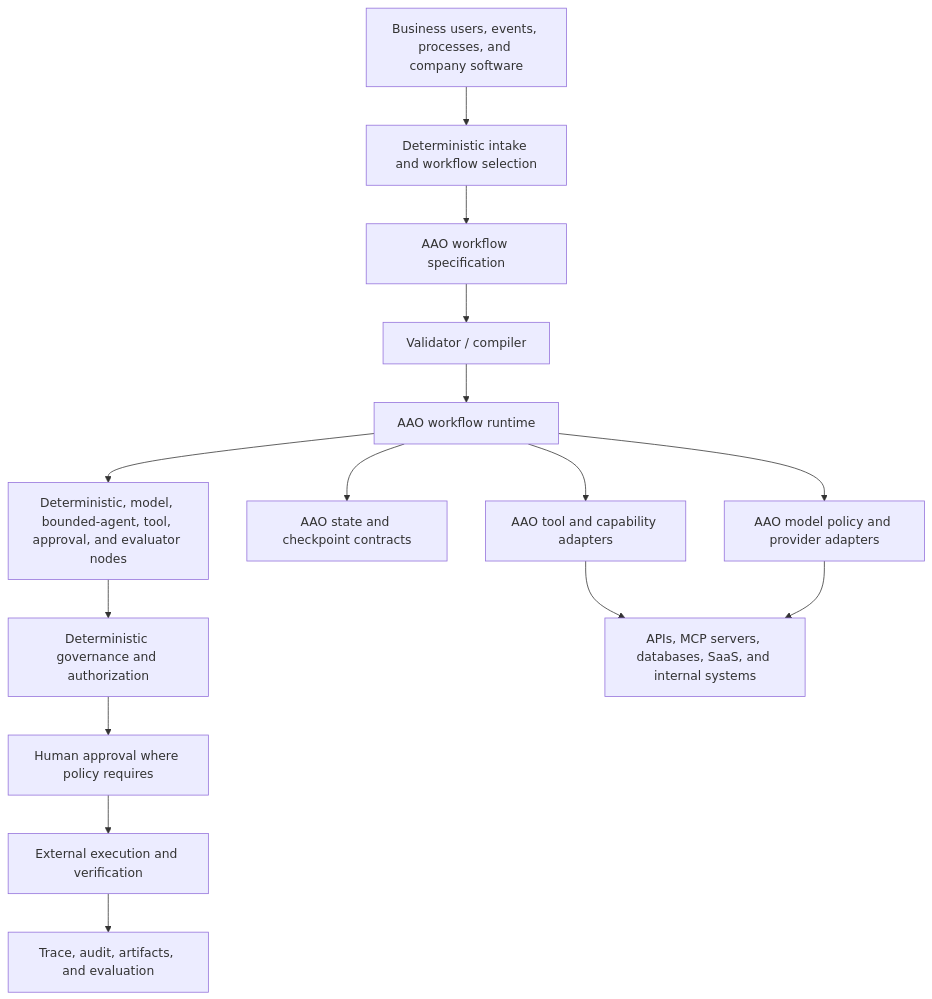
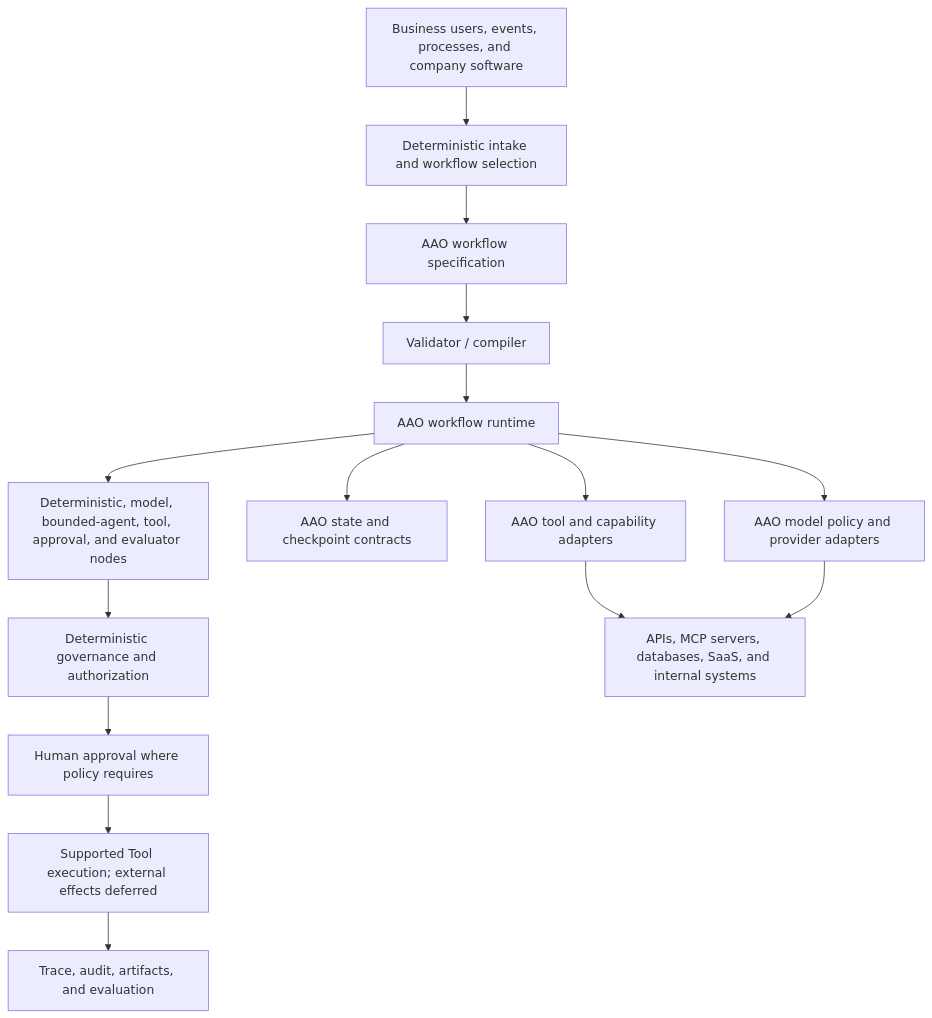
The diagram in ARCHITECTURE.md (RaulMermans/applied-ai-operations), drawn with Mermaid before and after one commit. The commit also changed other lines of this file and 34 other files, not shown here.

````diff
--- a/ARCHITECTURE.md
+++ b/ARCHITECTURE.md
@@ -7,17 +7,17 @@
 ```mermaid
 flowchart TB
   input[Business users, events, processes, and company software] --> intake[Deterministic intake and workflow selection]
   intake --> spec[AAO workflow specification]
   spec --> validator[Validator / compiler]
   validator --> runtime[AAO workflow runtime]
   runtime --> nodes[Deterministic, model, bounded-agent, tool, approval, and evaluator nodes]
   nodes --> governance[Deterministic governance and authorization]
   governance --> approval[Human approval where policy requires]
-  approval --> execution[External execution and verification]
+  approval --> execution[Supported Tool execution; external effects deferred]
   execution --> evidence[Trace, audit, artifacts, and evaluation]
   runtime --> state[AAO state and checkpoint contracts]
   runtime --> model[AAO model policy and provider adapters]
   runtime --> tools[AAO tool and capability adapters]
   tools --> external[APIs, MCP servers, databases, SaaS, and internal systems]
   model --> external
 ```
````
